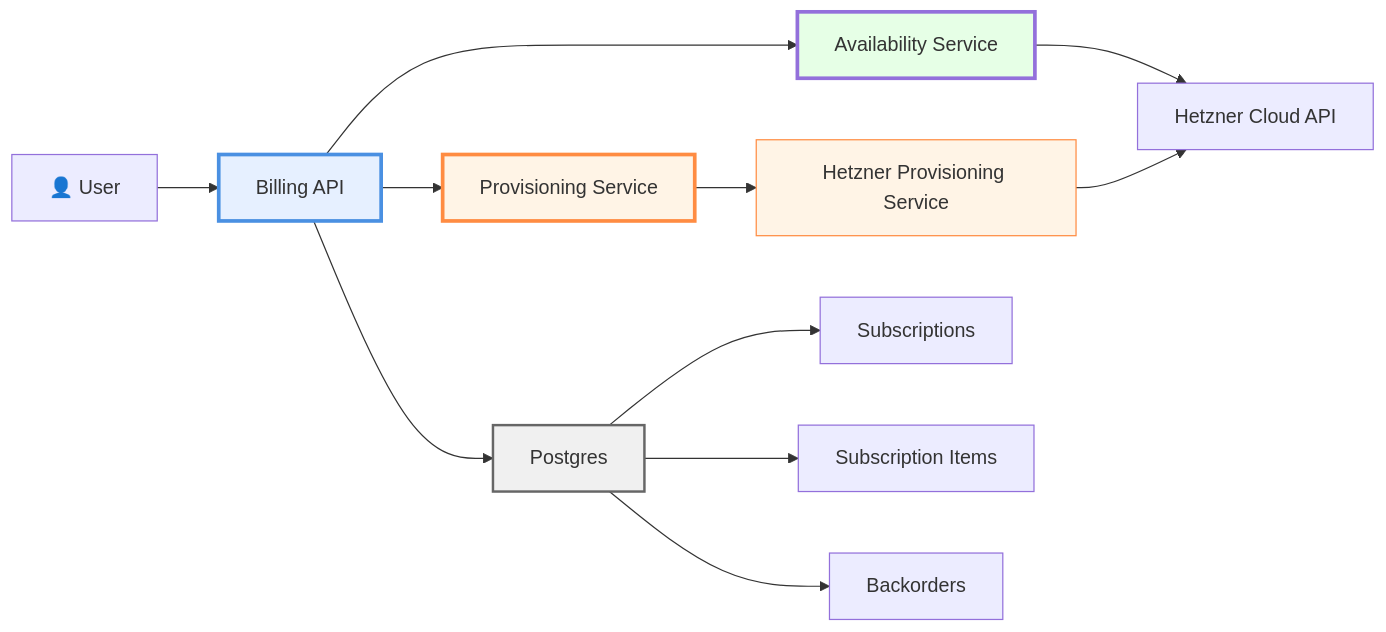
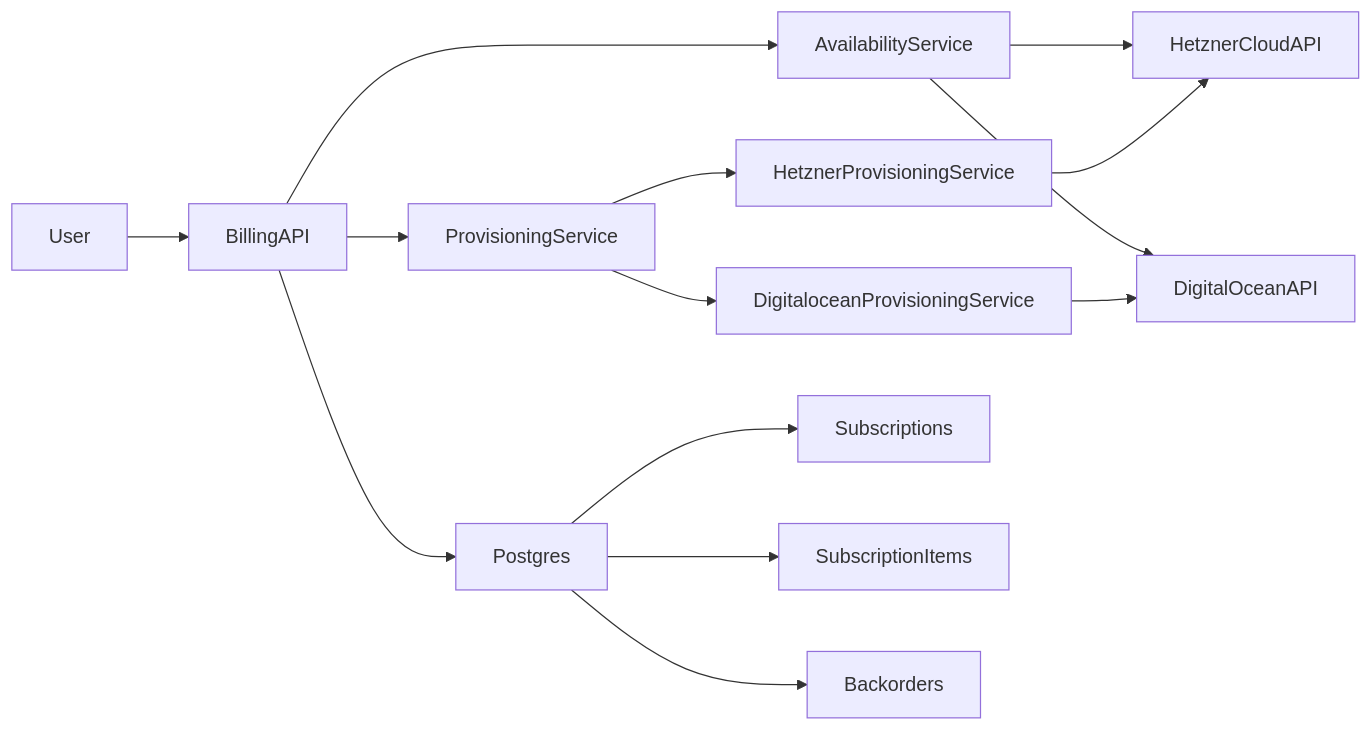
The diagram in libs/domains/framework/backend/feature-billing-manager/docs/provisioning-architecture.mmd (forepath/agenstra), drawn with Mermaid before and after one commit. The commit also changed 25 other files, not shown here.

Commit message:
feat: digital ocean cloud instance provisioning (#260)

```diff
--- a/libs/domains/framework/backend/feature-billing-manager/docs/provisioning-architecture.mmd
+++ b/libs/domains/framework/backend/feature-billing-manager/docs/provisioning-architecture.mmd
@@ -1,19 +1,16 @@
 flowchart LR
-    User["👤 User"] --> API["Billing API"]
-    API --> Availability["Availability Service"]
-    Availability --> HetznerAPI["Hetzner Cloud API"]
+    User[User] --> API[BillingAPI]
+    API --> Availability[AvailabilityService]
+    Availability --> HetznerAPI[HetznerCloudAPI]
+    Availability --> DigitalOceanAPI[DigitalOceanAPI]
 
-    API --> Provisioning["Provisioning Service"]
-    Provisioning --> HetznerProvisioner["Hetzner Provisioning Service"]
+    API --> Provisioning[ProvisioningService]
+    Provisioning --> HetznerProvisioner[HetznerProvisioningService]
+    Provisioning --> DigitalOceanProvisioner[DigitaloceanProvisioningService]
     HetznerProvisioner --> HetznerAPI
+    DigitalOceanProvisioner --> DigitalOceanAPI
 
-    API --> DB["Postgres"]
-    DB --> Subscription["Subscriptions"]
-    DB --> Items["Subscription Items"]
-    DB --> Backorders["Backorders"]
-
-    style API fill:#e6f0ff,stroke:#4a90e2,stroke-width:3px
-    style Provisioning fill:#fff4e6,stroke:#ff8c42,stroke-width:3px
-    style HetznerProvisioner fill:#fff4e6,stroke:#ff8c42
-    style Availability fill:#e6ffe6,stroke:#4a9e2,stroke-width:3px
-    style DB fill:#f0f0f0,stroke:#666,stroke-width:2px
+    API --> DB[Postgres]
+    DB --> Subscription[Subscriptions]
+    DB --> Items[SubscriptionItems]
+    DB --> Backorders[Backorders]
```
